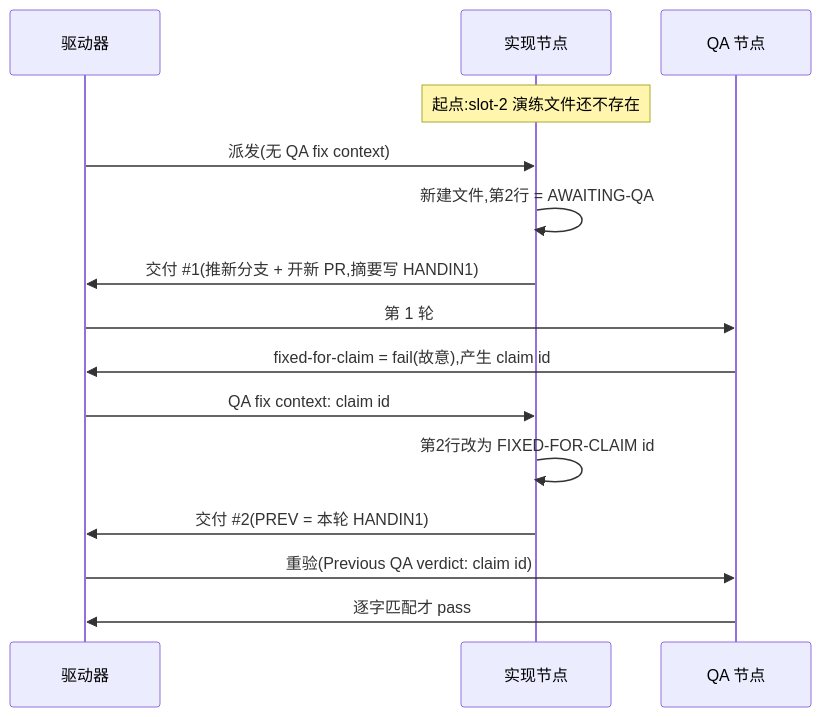
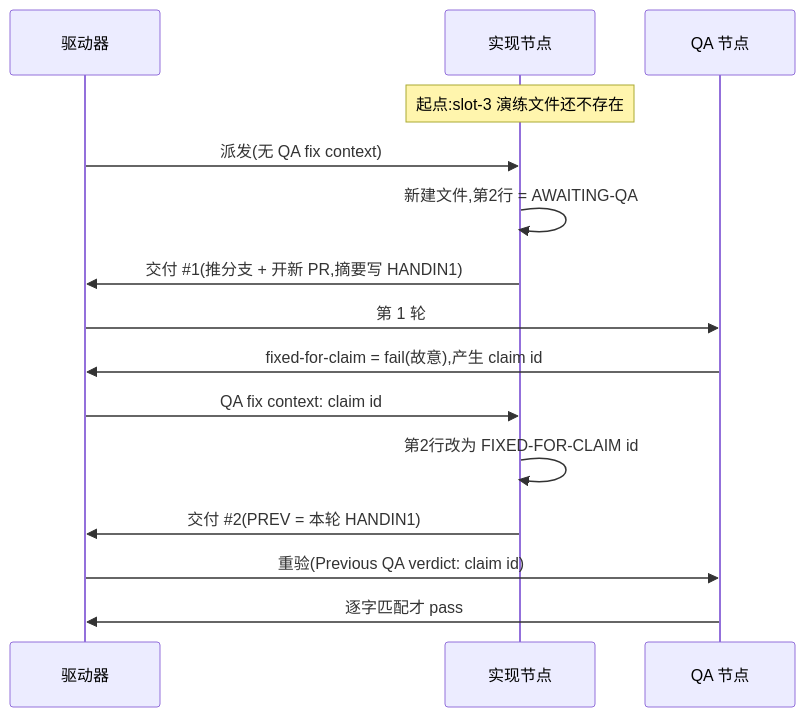
One commit to xrliAnnie/flywheel-qa-sandbox changed the diagram in engineering/doc/FLY-3150-real-runner-drill/d1-core-flow.mmd. Above: the diagram before and after it, drawn with Mermaid. The commit also changed 5 other files, not shown here.

```diff
--- a/engineering/doc/FLY-3150-real-runner-drill/d1-core-flow.mmd
+++ b/engineering/doc/FLY-3150-real-runner-drill/d1-core-flow.mmd
@@ -1,15 +1,15 @@
 sequenceDiagram
     participant D as 驱动器
     participant I as 实现节点
     participant Q as QA 节点
-    Note over I: 起点:slot-2 演练文件还不存在
+    Note over I: 起点:slot-3 演练文件还不存在
     D->>I: 派发(无 QA fix context)
     I->>I: 新建文件,第2行 = AWAITING-QA
-    I->>D: 交付 #35;1(推新分支 + 开新 PR,摘要写 HANDIN1)
+    I->>D: 交付 #35;1(推分支 + 开新 PR,摘要写 HANDIN1)
     D->>Q: 第 1 轮
     Q->>D: fixed-for-claim = fail(故意),产生 claim id
     D->>I: QA fix context: claim id
     I->>I: 第2行改为 FIXED-FOR-CLAIM id
     I->>D: 交付 #35;2(PREV = 本轮 HANDIN1)
     D->>Q: 重验(Previous QA verdict: claim id)
     Q->>D: 逐字匹配才 pass
```
